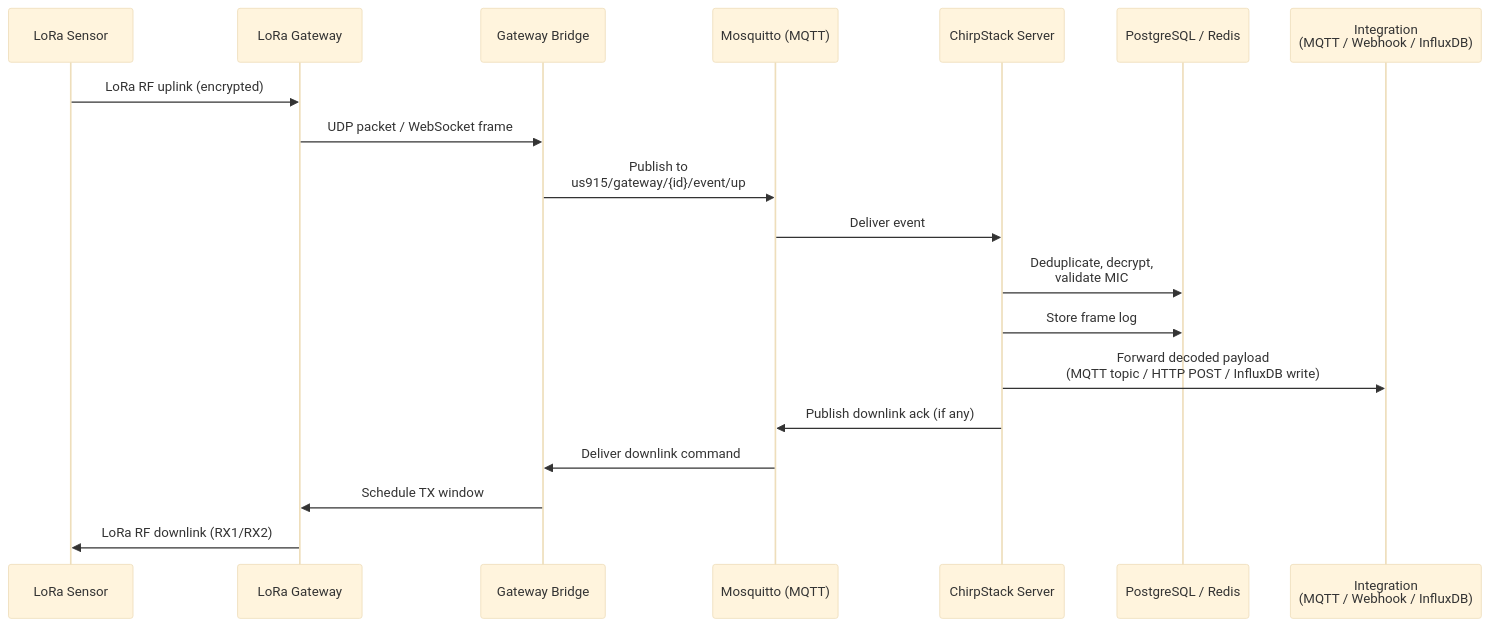
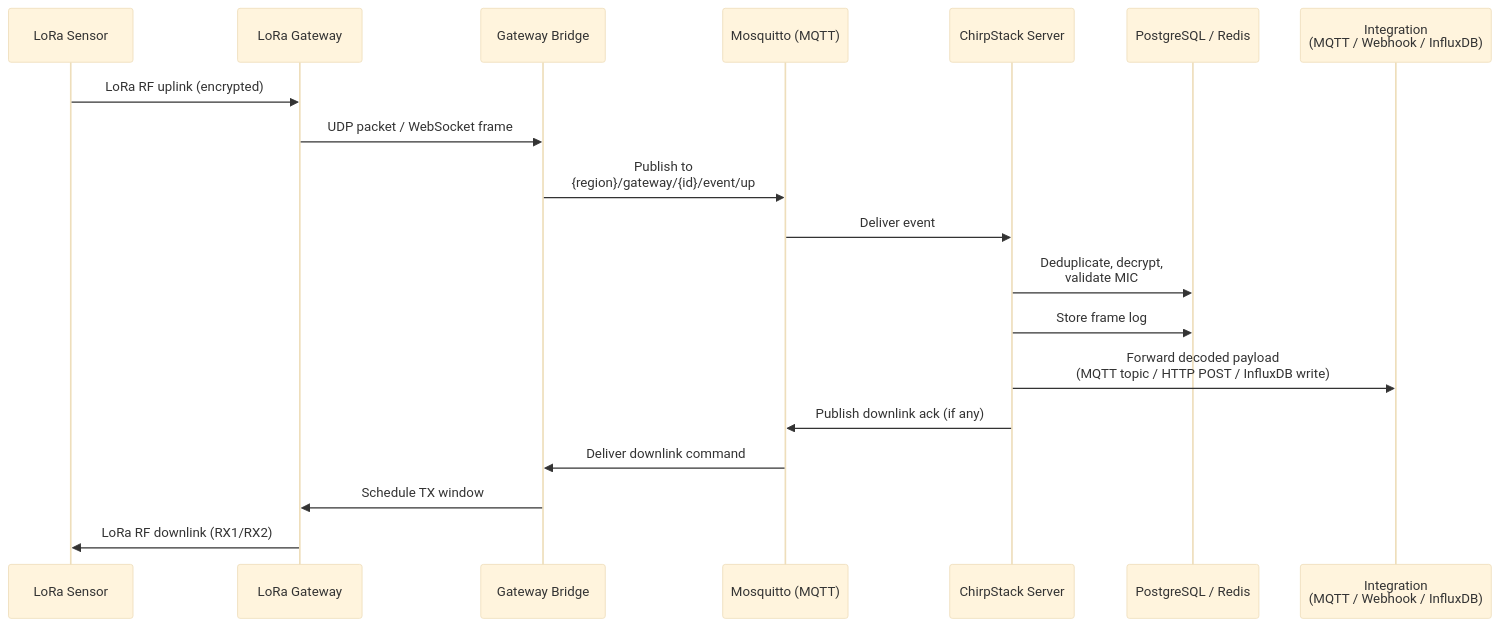
The second of 5 diagrams in README.md (MachineSaver/chirpstack-deploy), drawn with Mermaid (base theme) before and after one commit. The commit also changed other lines of this file and 5 other files, not shown here.

````diff
--- a/README.md
+++ b/README.md
@@ -104,22 +104,22 @@
 ```mermaid
 sequenceDiagram
     participant Sensor as LoRa Sensor
     participant GW as LoRa Gateway
     participant Bridge as Gateway Bridge
     participant MQTT as Mosquitto (MQTT)
     participant CS as ChirpStack Server
     participant DB as PostgreSQL / Redis
     participant Int as Integration<br/>(MQTT / Webhook / InfluxDB)
 
     Sensor  ->> GW     : LoRa RF uplink (encrypted)
     GW      ->> Bridge : UDP packet / WebSocket frame
-    Bridge  ->> MQTT   : Publish to<br/>us915/gateway/{id}/event/up
+    Bridge  ->> MQTT   : Publish to<br/>{region}/gateway/{id}/event/up
     MQTT    ->> CS     : Deliver event
     CS      ->> DB     : Deduplicate, decrypt,<br/>validate MIC
     CS      ->> DB     : Store frame log
     CS      ->> Int    : Forward decoded payload<br/>(MQTT topic / HTTP POST / InfluxDB write)
     CS      ->> MQTT   : Publish downlink ack (if any)
     MQTT    ->> Bridge : Deliver downlink command
     Bridge  ->> GW     : Schedule TX window
     GW      ->> Sensor : LoRa RF downlink (RX1/RX2)
 ```
````
